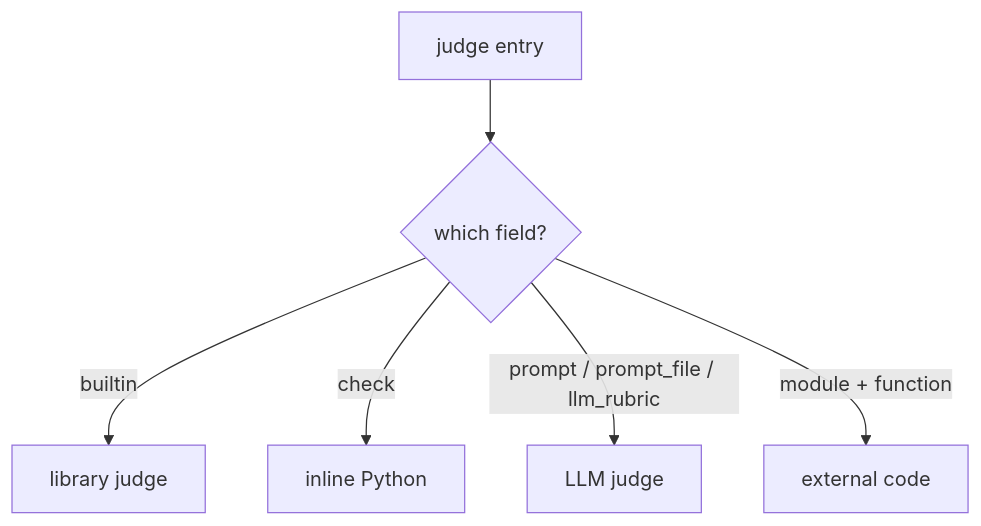
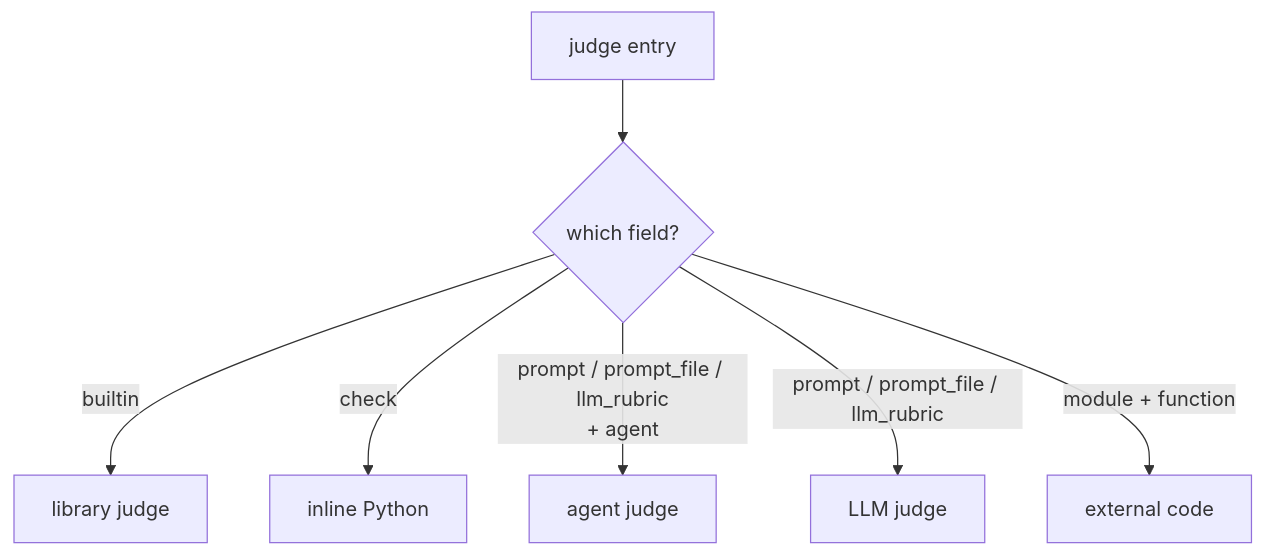
One commit to GuyZivRH/agent-eval-harness changed the diagram in website/cookbook/custom-judges.md. Above: the diagram before and after it, drawn with Mermaid. The commit also changed other lines of this file and 14 other files, not shown here.

First line of the commit message:
docs(website): document the agent judge type

````diff
--- a/website/cookbook/custom-judges.md
+++ b/website/cookbook/custom-judges.md
@@ -13,8 +13,9 @@
 ```mermaid
 flowchart TD
     J[judge entry] --> B{which field?}
     B -->|builtin| BI[library judge]
     B -->|check| CK[inline Python]
+    B -->|prompt / prompt_file / llm_rubric<br/>+ agent| AG[agent judge]
     B -->|prompt / prompt_file / llm_rubric| LLM[LLM judge]
     B -->|module + function| EXT[external code]
 ```
````
